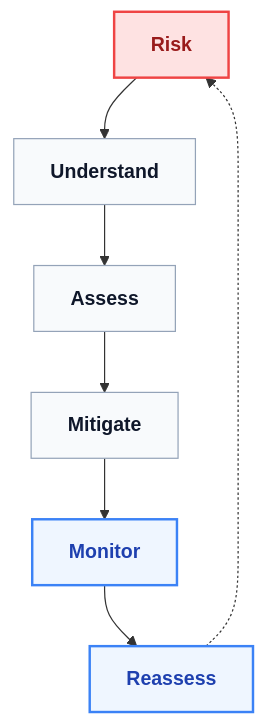
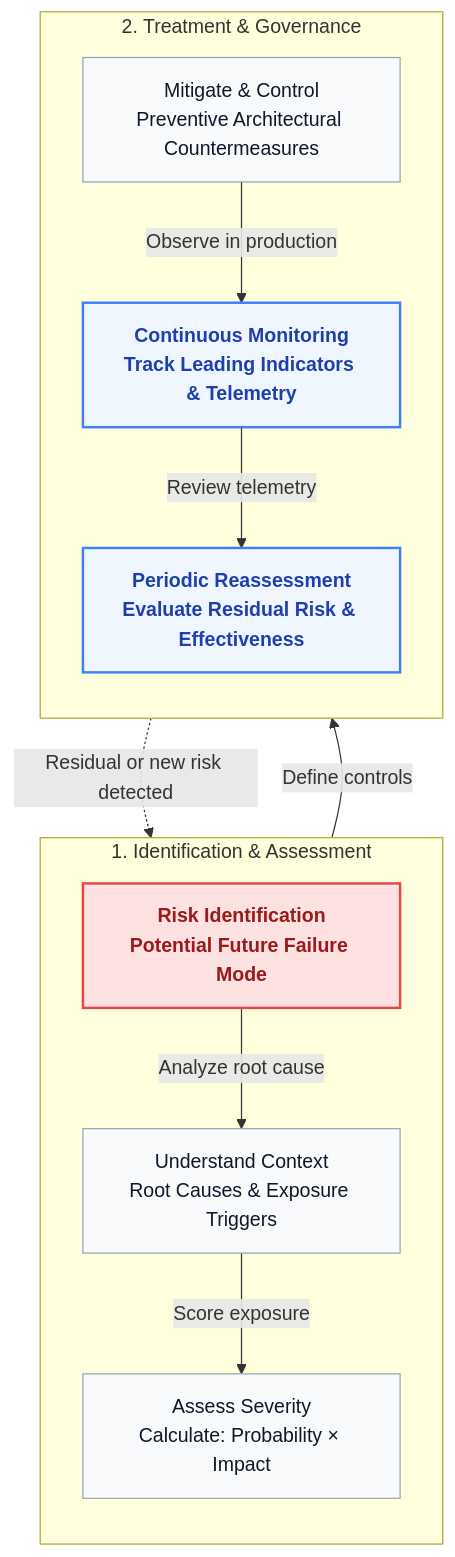
The second of 4 diagrams in docs/decisions/17-Decisions-Risks-Evolution.md (davidalbertstark-lab/Lenar), drawn with Mermaid before and after one commit. The commit also changed other lines of this file and 28 other files, not shown here.

Commit message:
docs: system-wide diagram redesign for first-instance comprehension

````diff
--- a/docs/decisions/17-Decisions-Risks-Evolution.md
+++ b/docs/decisions/17-Decisions-Risks-Evolution.md
@@ -138,24 +153,29 @@
 ```mermaid
 flowchart TD
     classDef risk fill:#fee2e2,stroke:#ef4444,stroke-width:2px,color:#991b1b,font-weight:bold
-    classDef step fill:#f8fafc,stroke:#94a3b8,stroke-width:1px,color:#0f172a,font-weight:bold
+    classDef step fill:#f8fafc,stroke:#94a3b8,stroke-width:1px,color:#0f172a
     classDef monitor fill:#eff6ff,stroke:#3b82f6,stroke-width:2px,color:#1e40af,font-weight:bold
 
-    R[Risk]
-    U[Understand]
-    A[Assess]
-    Mit[Mitigate]
-    Mon[Monitor]
-    Re[Reassess]
+    subgraph Assessment ["1. Identification & Assessment"]
+        direction TB
+        R["Risk Identification<br/>Potential Future Failure Mode"]:::risk
+        U["Understand Context<br/>Root Causes & Exposure Triggers"]:::step
+        A["Assess Severity<br/>Calculate: Probability × Impact"]:::step
 
-    R --> U
-    U --> A
-    A --> Mit
-    Mit --> Mon
-    Mon --> Re
-    Re -.-> R
+        R -->|"Analyze root cause"| U
+        U -->|"Score exposure"| A
+    end
 
-    class R risk;
-    class U,A,Mit step;
-    class Mon,Re monitor;
+    subgraph Treatment ["2. Treatment & Governance"]
+        direction TB
+        Mit["Mitigate & Control<br/>Preventive Architectural Countermeasures"]:::step
+        Mon["Continuous Monitoring<br/>Track Leading Indicators & Telemetry"]:::monitor
+        Re["Periodic Reassessment<br/>Evaluate Residual Risk & Effectiveness"]:::monitor
+
+        Mit -->|"Observe in production"| Mon
+        Mon -->|"Review telemetry"| Re
+    end
+
+    A -->|"Define controls"| Mit
+    Re -.->|"Residual or new risk detected"| R
 ```
````
